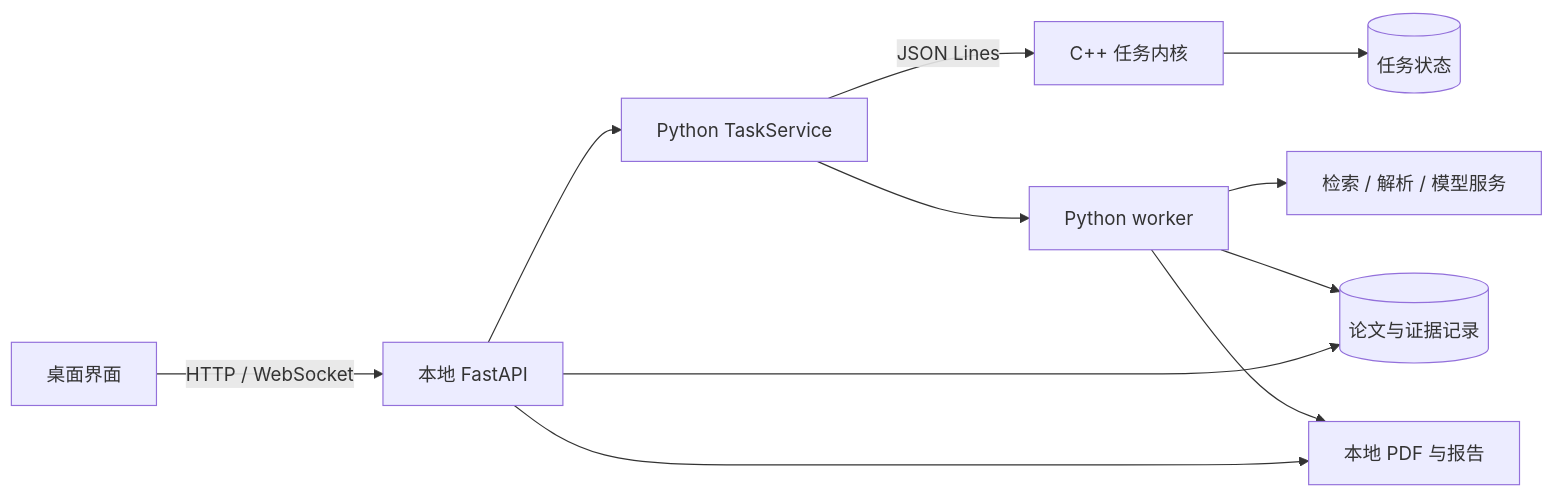
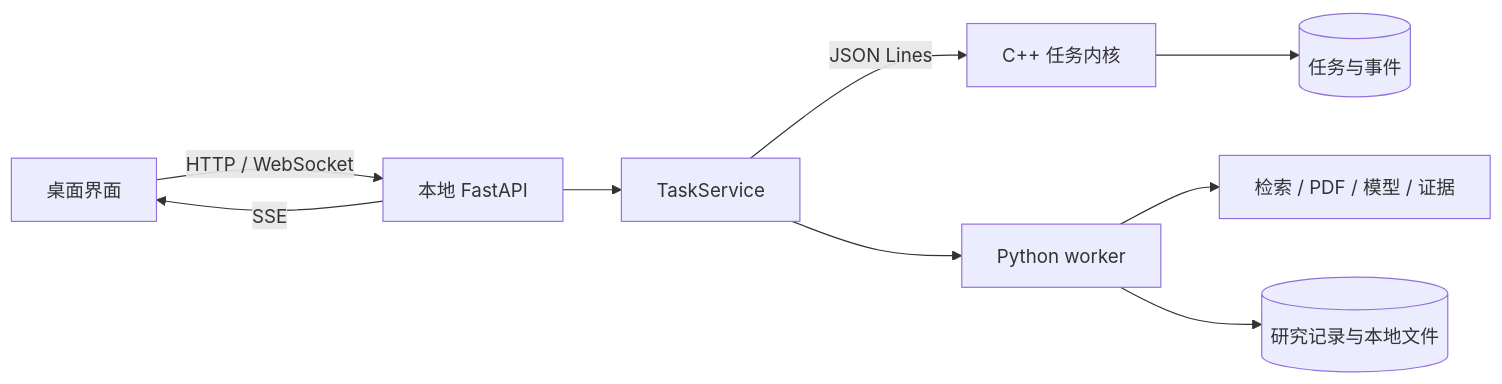
Before and after one commit to DirtyDidsDoneDerCheap2049/PaperPilot: the diagram in README.md, drawn with Mermaid. The commit also changed other lines of this file and 138 other files, not shown here.

````diff
--- a/README.md
+++ b/README.md
@@ -127,13 +124,11 @@
 ```mermaid
 flowchart LR
     UI[桌面界面] -->|HTTP / WebSocket| API[本地 FastAPI]
-    API --> Tasks[Python TaskService]
+    API --> Tasks[TaskService]
     Tasks -->|JSON Lines| Native[C++ 任务内核]
-    Native --> Jobs[(任务状态)]
+    Native --> Jobs[(任务与事件)]
     Tasks --> Worker[Python worker]
-    Worker --> Providers[检索 / 解析 / 模型服务]
-    Worker --> Research[(论文与证据记录)]
-    Worker --> Files[本地 PDF 与报告]
-    API --> Research
-    API --> Files
+    Worker --> Tools[检索 / PDF / 模型 / 证据]
+    Worker --> Data[(研究记录与本地文件)]
+    API -->|SSE| UI
 ```
````
